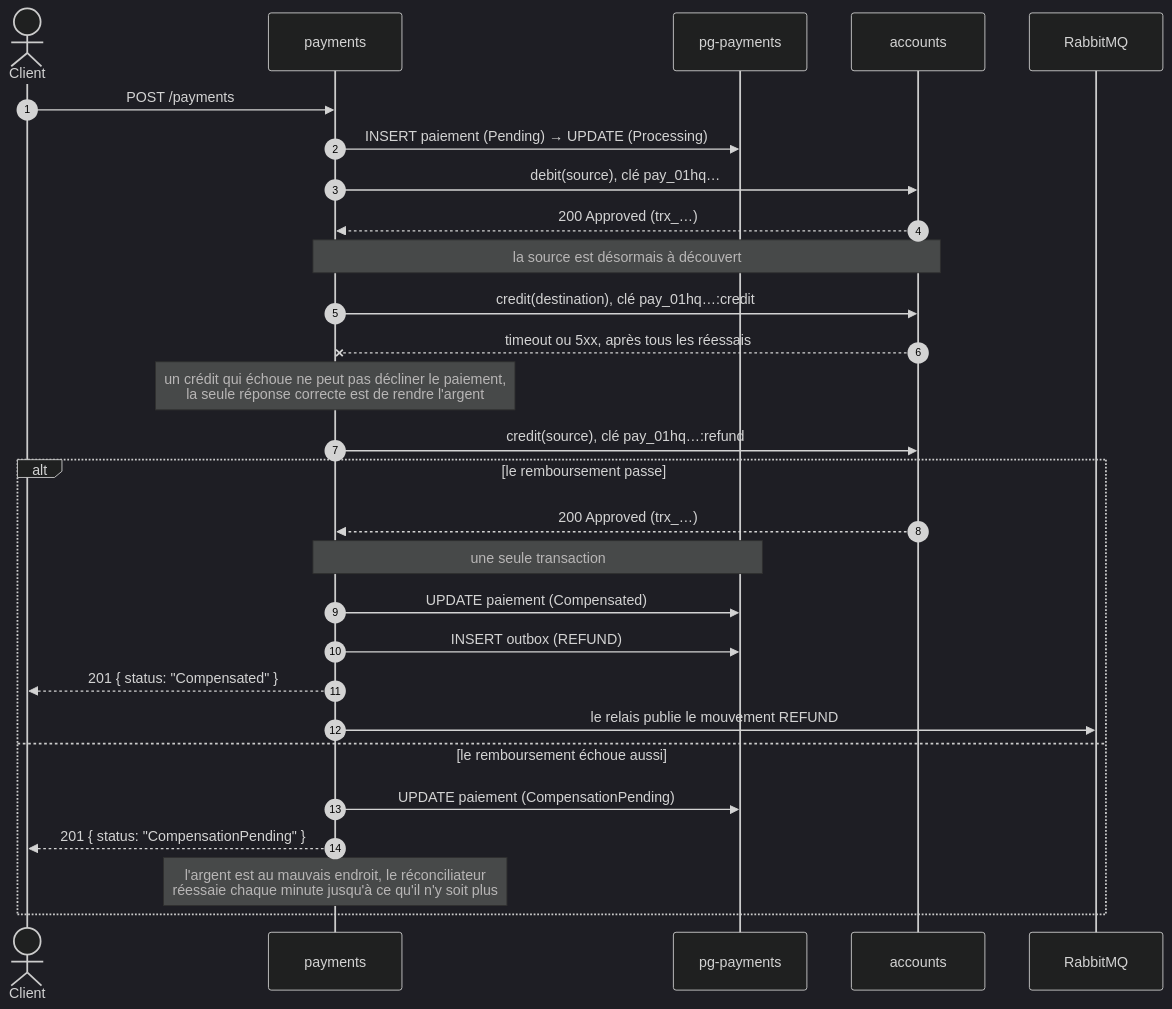
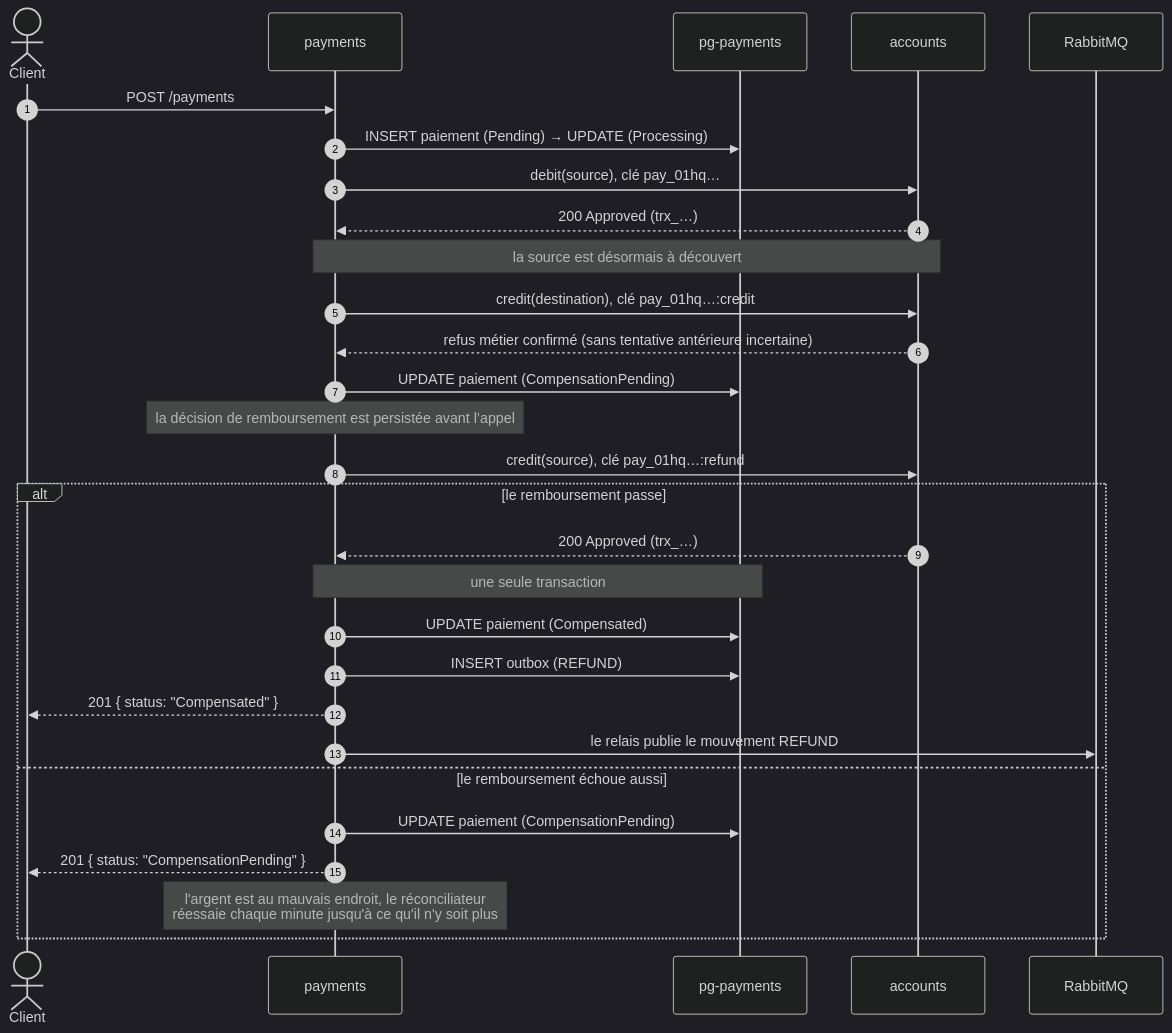
Before and after one commit to omaelnguessan/paynah_test: the fourth of 4 diagrams in README.md, drawn with Mermaid (dark theme). The commit also changed other lines of this file and 10 other files, not shown here.

````diff
--- a/README.md
+++ b/README.md
@@ -962,33 +963,34 @@
 ```mermaid
 sequenceDiagram
     autonumber
     actor C as Client
     participant P as payments
     participant DB as pg-payments
     participant A as accounts
     participant MQ as RabbitMQ
 
     C->>P: POST /payments
     P->>DB: INSERT paiement (Pending) → UPDATE (Processing)
     P->>A: debit(source), clé pay_01hq…
     A-->>P: 200 Approved (trx_…)
     Note over P,A: la source est désormais à découvert
 
     P->>A: credit(destination), clé pay_01hq…:credit
-    A--xP: timeout ou 5xx, après tous les réessais
-    Note over P: un crédit qui échoue ne peut pas décliner le paiement,<br/>la seule réponse correcte est de rendre l'argent
+    A-->>P: refus métier confirmé (sans tentative antérieure incertaine)
+    P->>DB: UPDATE paiement (CompensationPending)
+    Note over P: la décision de remboursement est persistée avant l’appel
 
     P->>A: credit(source), clé pay_01hq…:refund
     alt le remboursement passe
         A-->>P: 200 Approved (trx_…)
         Note over P,DB: une seule transaction
         P->>DB: UPDATE paiement (Compensated)
         P->>DB: INSERT outbox (REFUND)
         P-->>C: 201 { status: "Compensated" }
         P->>MQ: le relais publie le mouvement REFUND
     else le remboursement échoue aussi
         P->>DB: UPDATE paiement (CompensationPending)
         P-->>C: 201 { status: "CompensationPending" }
         Note over P: l'argent est au mauvais endroit, le réconciliateur<br/>réessaie chaque minute jusqu'à ce qu'il n'y soit plus
     end
 ```
````
